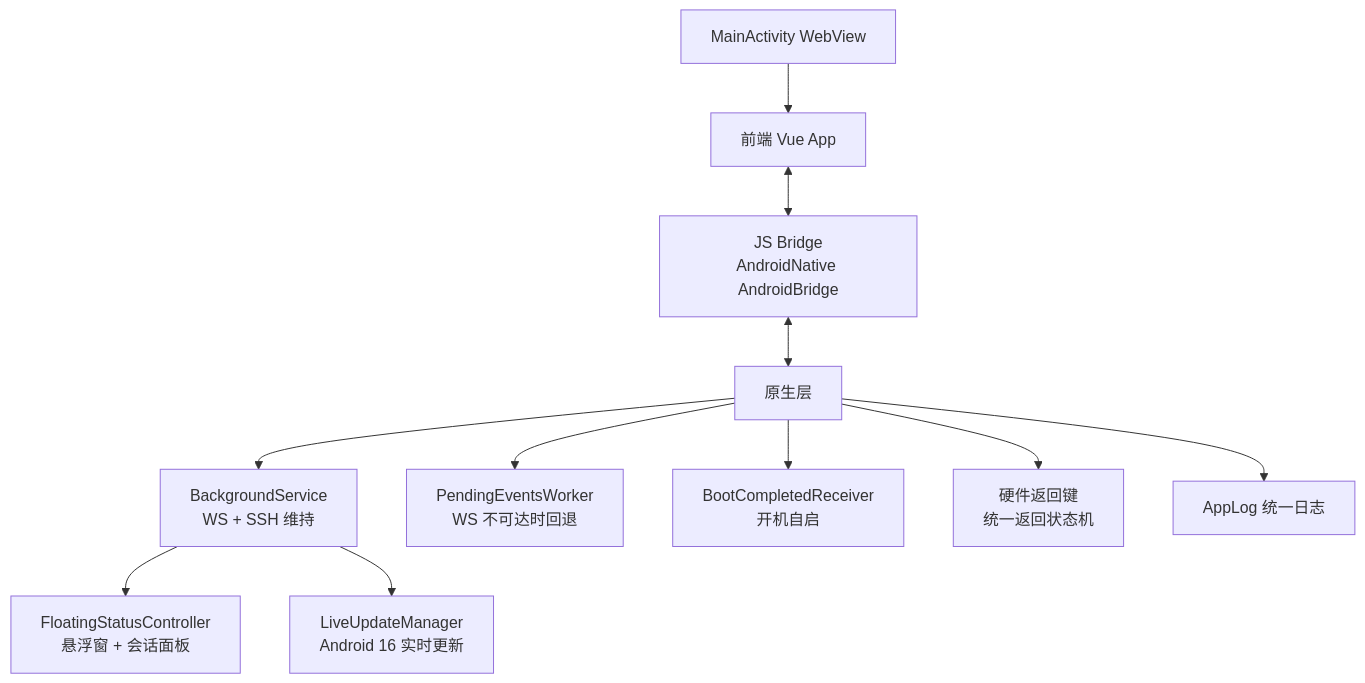
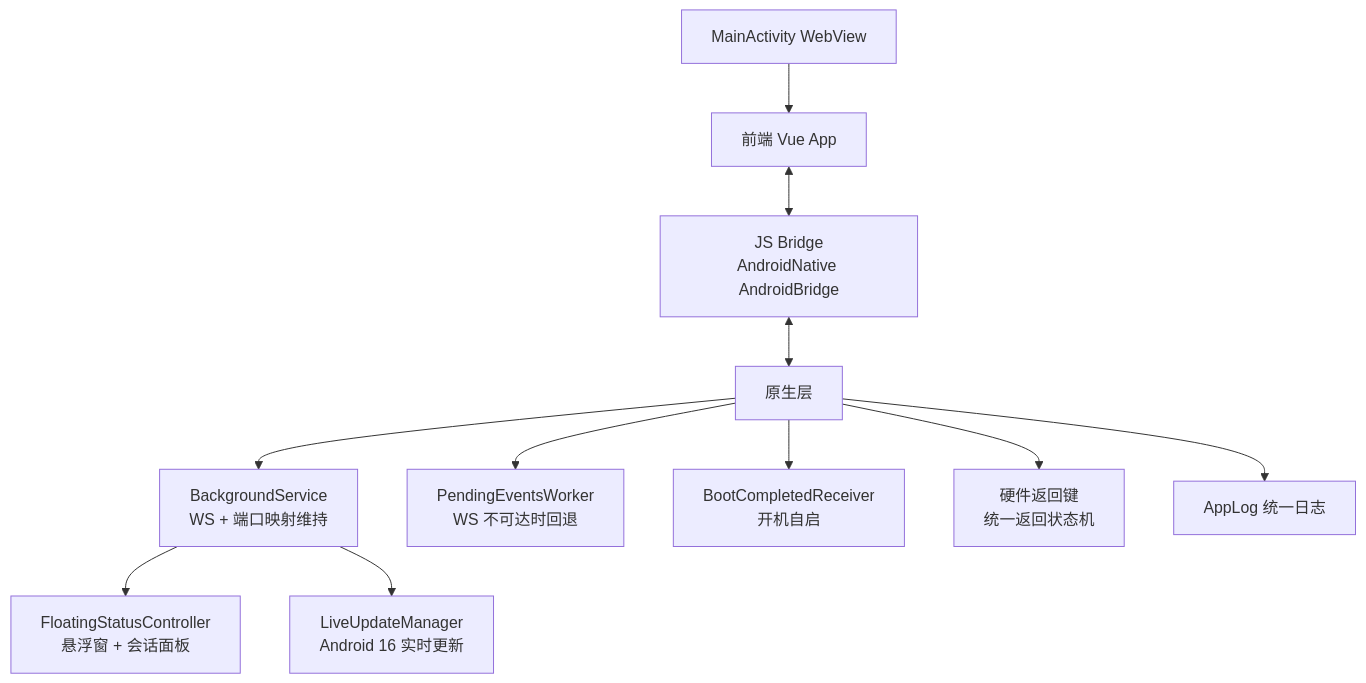
The first of 4 diagrams in docs/spec/client/android-integration.md (clawbench-dev/clawbench), drawn with Mermaid before and after one commit. The commit also changed other lines of this file and 3 other files, not shown here.

````diff
--- a/docs/spec/client/android-integration.md
+++ b/docs/spec/client/android-integration.md
@@ -9,13 +9,13 @@
 ```mermaid
 flowchart TD
     A[MainActivity WebView] --> B[前端 Vue App]
     B <--> C[JS Bridge<br/>AndroidNative AndroidBridge]
     C <--> D[原生层]
-    D --> E[BackgroundService<br/>WS + SSH 维持]
+    D --> E[BackgroundService<br/>WS + 端口映射维持]
     D --> F[PendingEventsWorker<br/>WS 不可达时回退]
     D --> G[BootCompletedReceiver<br/>开机自启]
     D --> I[硬件返回键<br/>统一返回状态机]
     D --> J[AppLog 统一日志]
     E --> K[FloatingStatusController<br/>悬浮窗 + 会话面板]
     E --> L[LiveUpdateManager<br/>Android 16 实时更新]
 ```
````
